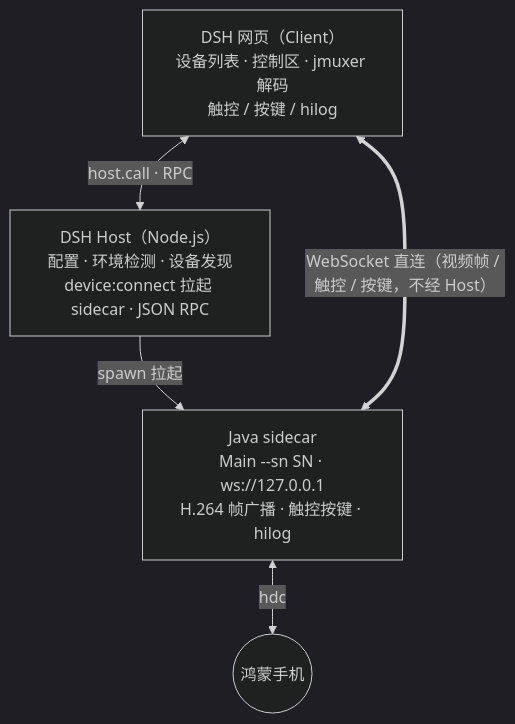
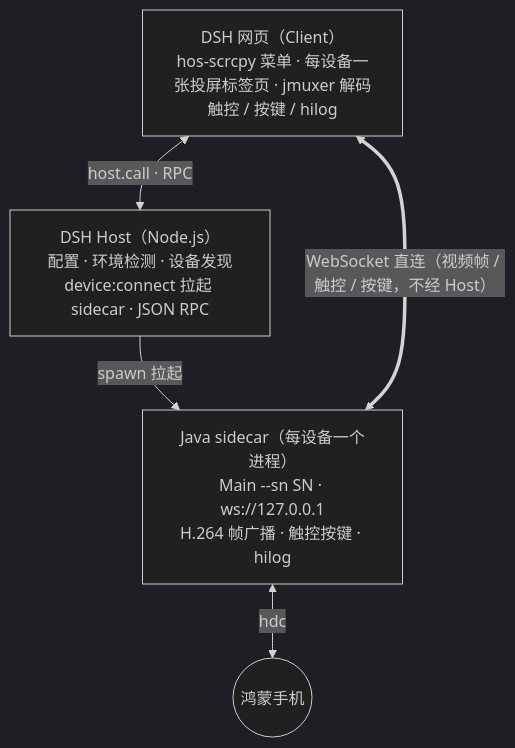
One commit to ns-zzj/dsh-hos-scrcpy changed the diagram in README.md. Above: the diagram before and after it, drawn with Mermaid (dark theme). The commit also changed other lines of this file and 11 other files, not shown here.

````diff
--- a/README.md
+++ b/README.md
@@ -80,12 +91,12 @@
 ```mermaid
 flowchart TB
-  CL["DSH 网页（Client）<br/>设备列表 · 控制区 · jmuxer 解码<br/>触控 / 按键 / hilog"]
+  CL["DSH 网页（Client）<br/>hos-scrcpy 菜单 · 每设备一张投屏标签页 · jmuxer 解码<br/>触控 / 按键 / hilog"]
   HS["DSH Host（Node.js）<br/>配置 · 环境检测 · 设备发现<br/>device:connect 拉起 sidecar · JSON RPC"]
-  SC["Java sidecar<br/>Main --sn SN · ws://127.0.0.1<br/>H.264 帧广播 · 触控按键 · hilog"]
+  SC["Java sidecar（每设备一个进程）<br/>Main --sn SN · ws://127.0.0.1<br/>H.264 帧广播 · 触控按键 · hilog"]
   PH(("鸿蒙手机"))
 
   CL <-->|"host.call · RPC"| HS
   HS -->|"spawn 拉起"| SC
   SC <-->|hdc| PH
   CL <==>|"WebSocket 直连（视频帧 / 触控 / 按键，不经 Host）"| SC
 ```
````
